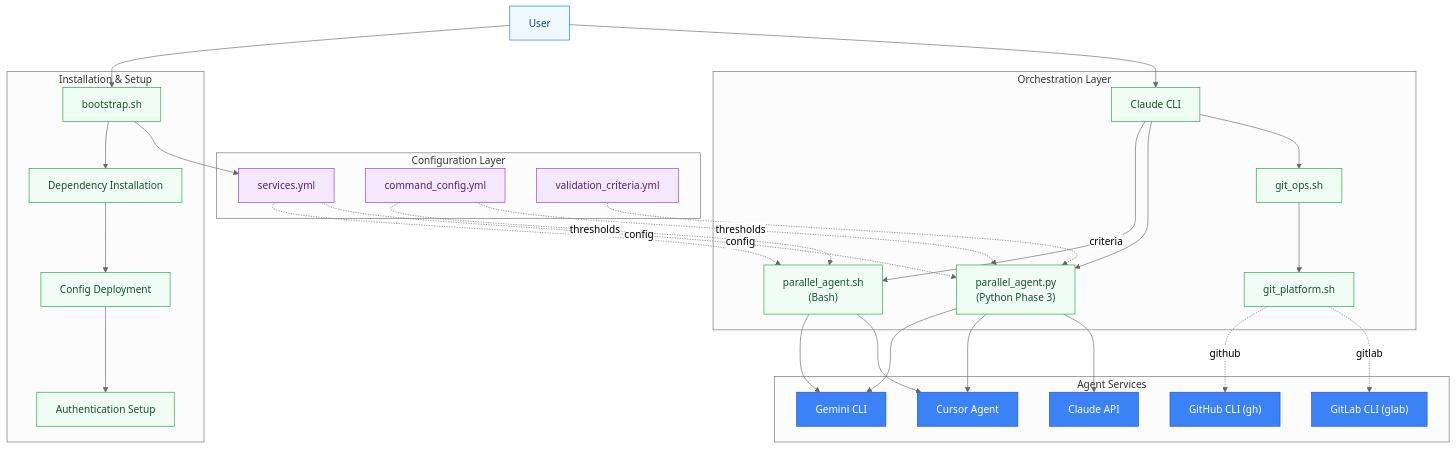
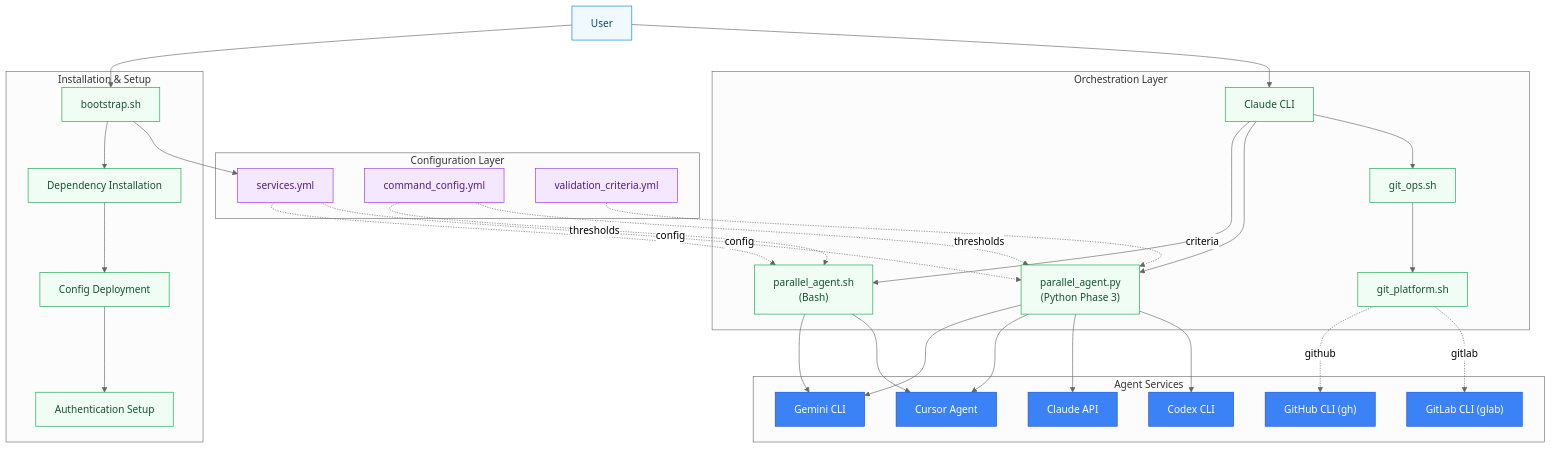
The first of 13 diagrams in docs/ARCHITECTURE_DIAGRAMS.md (RB-chrismandich/Manifest), drawn with Mermaid before and after one commit. The commit also changed other lines of this file and 8 other files, not shown here.

````diff
--- a/docs/ARCHITECTURE_DIAGRAMS.md
+++ b/docs/ARCHITECTURE_DIAGRAMS.md
@@ -32,63 +32,65 @@
 ```mermaid
 %%{init: {'theme':'neutral'}}%%
 flowchart TB
     classDef input fill:#f0f9ff,stroke:#0284c7,color:#0c4a6e
     classDef process fill:#f0fdf4,stroke:#16a34a,color:#14532d
     classDef output fill:#fef3c7,stroke:#d97706,color:#78350f
     classDef config fill:#f3e8ff,stroke:#9333ea,color:#581c87
     classDef external fill:#3b82f6,stroke:#1d4ed8,color:#fff
 
     USER["User"]:::input
     BOOTSTRAP["bootstrap.sh"]:::process
     CLAUDE_CLI["Claude CLI"]:::process
 
     subgraph "Installation & Setup"
         BOOTSTRAP
         INSTALL["Dependency Installation"]:::process
         DEPLOY["Config Deployment"]:::process
         AUTH["Authentication Setup"]:::process
         BOOTSTRAP --> INSTALL --> DEPLOY --> AUTH
     end
 
     subgraph "Configuration Layer"
         SERVICES["services.yml"]:::config
         COMMAND_CFG["command_config.yml"]:::config
         VALIDATION_CFG["validation_criteria.yml"]:::config
     end
 
     subgraph "Orchestration Layer"
         CLAUDE_CLI
         PARALLEL_BASH["parallel_agent.sh<br/>(Bash)"]:::process
         PARALLEL_PY["parallel_agent.py<br/>(Python Phase 3)"]:::process
         GIT_PLATFORM["git_platform.sh"]:::process
         GIT_OPS["git_ops.sh"]:::process
     end
 
     subgraph "Agent Services"
         GEMINI["Gemini CLI"]:::external
         CURSOR["Cursor Agent"]:::external
         CLAUDE_API["Claude API"]:::external
+        CODEX["Codex CLI"]:::external
         GH["GitHub CLI (gh)"]:::external
         GLAB["GitLab CLI (glab)"]:::external
     end
 
     USER --> BOOTSTRAP
     BOOTSTRAP --> SERVICES
     USER --> CLAUDE_CLI
     CLAUDE_CLI --> PARALLEL_BASH
     CLAUDE_CLI --> PARALLEL_PY
     CLAUDE_CLI --> GIT_OPS
     GIT_OPS --> GIT_PLATFORM
     GIT_PLATFORM -.->|github| GH
     GIT_PLATFORM -.->|gitlab| GLAB
     PARALLEL_BASH --> GEMINI
     PARALLEL_BASH --> CURSOR
     PARALLEL_PY --> GEMINI
     PARALLEL_PY --> CURSOR
     PARALLEL_PY --> CLAUDE_API
+    PARALLEL_PY --> CODEX
     SERVICES -.->|config| PARALLEL_BASH
     SERVICES -.->|config| PARALLEL_PY
     COMMAND_CFG -.->|thresholds| PARALLEL_BASH
     COMMAND_CFG -.->|thresholds| PARALLEL_PY
     VALIDATION_CFG -.->|criteria| PARALLEL_PY
 ```
````
